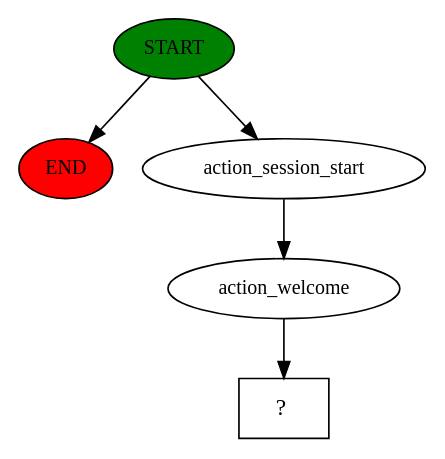
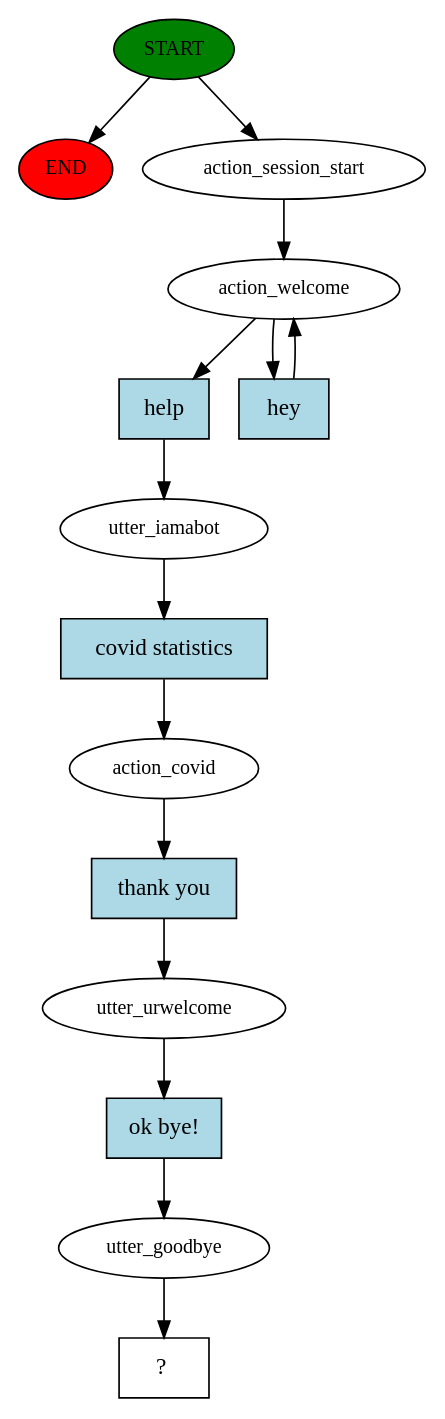
One commit to bryanlowcc/doanythingbot changed the diagram in story_graph.dot. Above: the diagram before and after it, drawn with Graphviz. The commit also changed 6 other files, not shown here.

```diff
--- a/story_graph.dot
+++ b/story_graph.dot
@@ -1,11 +1,30 @@
 digraph  {
 0 [class="start active", fillcolor=green, fontsize=12, label=START, style=filled];
 "-1" [class=end, fillcolor=red, fontsize=12, label=END, style=filled];
 1 [class=active, fontsize=12, label=action_session_start];
 2 [class=active, fontsize=12, label=action_welcome];
-3 [class="intent dashed active", label="  ?  ", shape=rect];
+4 [class=active, fontsize=12, label=utter_iamabot];
+5 [class=active, fontsize=12, label=action_covid];
+6 [class=active, fontsize=12, label=utter_urwelcome];
+7 [class=active, fontsize=12, label=utter_goodbye];
+8 [class="intent dashed active", label="  ?  ", shape=rect];
+9 [class="intent active", fillcolor=lightblue, label=help, shape=rect, style=filled];
+10 [class="intent active", fillcolor=lightblue, label=hey, shape=rect, style=filled];
+11 [class="intent active", fillcolor=lightblue, label="covid statistics", shape=rect, style=filled];
+12 [class="intent active", fillcolor=lightblue, label="thank you", shape=rect, style=filled];
+13 [class="intent active", fillcolor=lightblue, label="ok bye!", shape=rect, style=filled];
 0 -> "-1"  [class="", key=NONE, label=""];
 0 -> 1  [class=active, key=NONE, label=""];
 1 -> 2  [class=active, key=NONE, label=""];
-2 -> 3  [class=active, key=NONE, label=""];
+2 -> 9  [class=active, key=0];
+2 -> 10  [class=active, key=0];
+4 -> 11  [class=active, key=0];
+5 -> 12  [class=active, key=0];
+6 -> 13  [class=active, key=0];
+7 -> 8  [class=active, key=NONE, label=""];
+9 -> 4  [class=active, key=0];
+10 -> 2  [class=active, key=0];
+11 -> 5  [class=active, key=0];
+12 -> 6  [class=active, key=0];
+13 -> 7  [class=active, key=0];
 }
```
